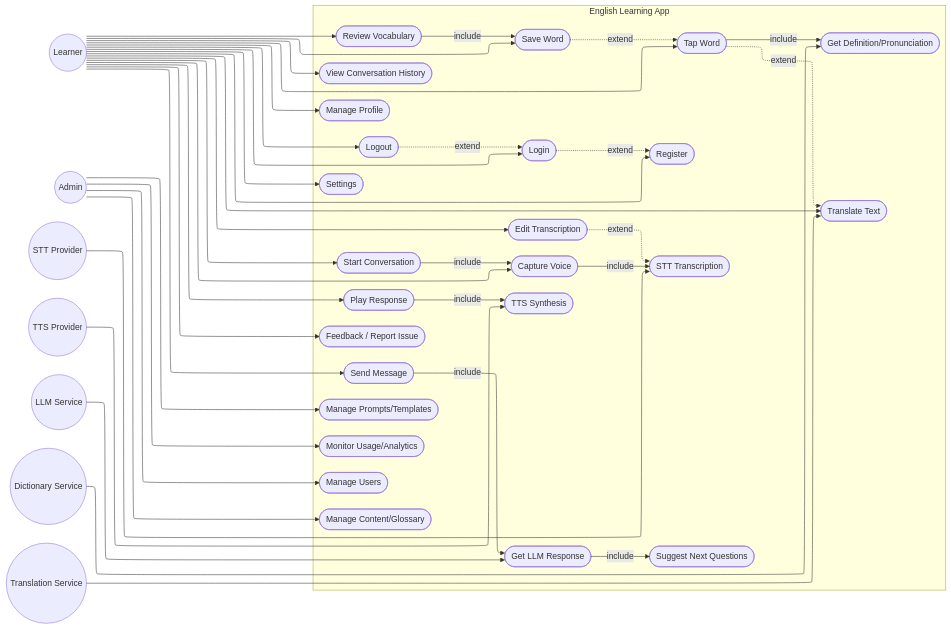
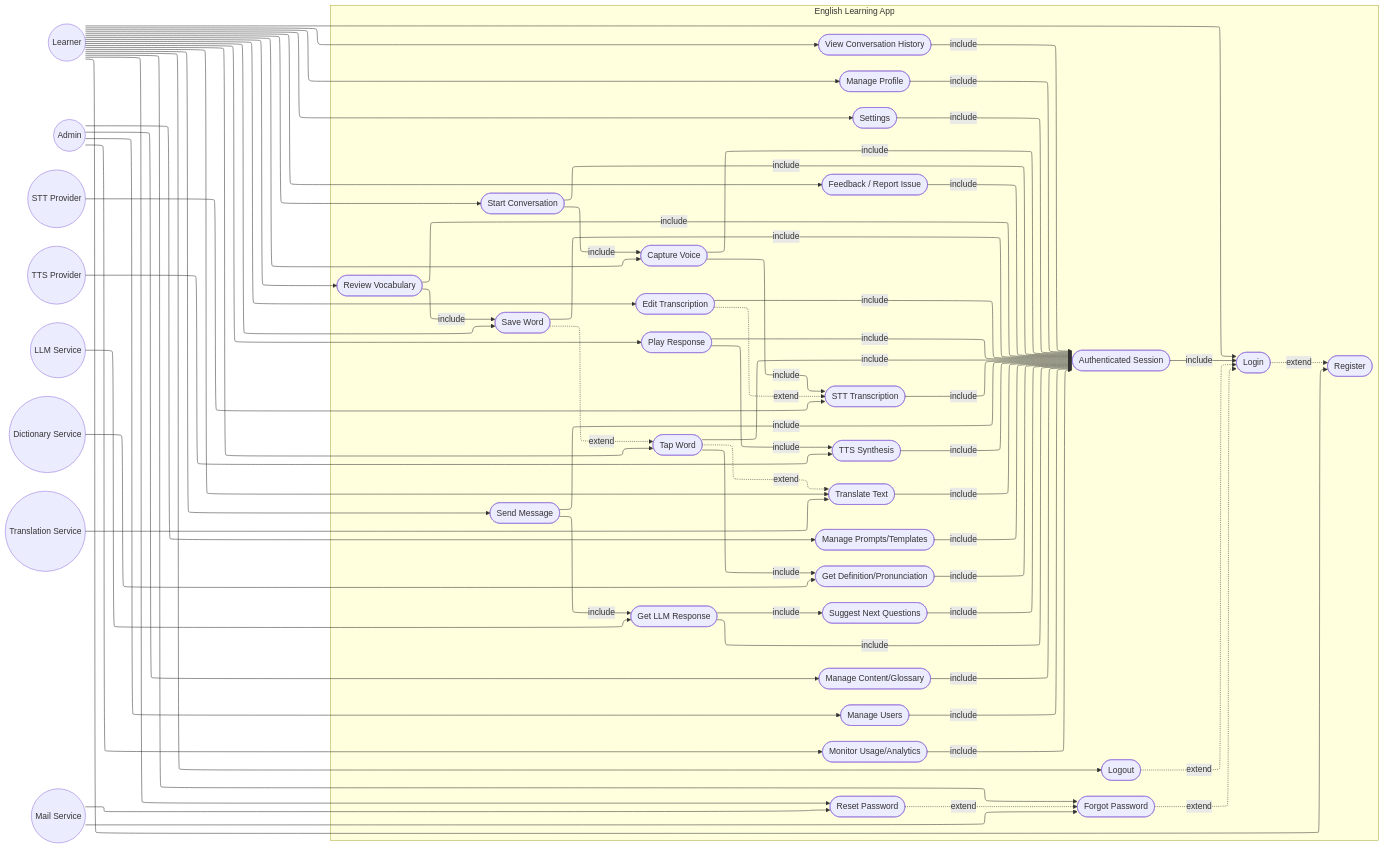
One commit to vu-lbq/NMCNPM_TiViVu changed the diagram in docs/usecase-mermaid.mmd. Above: the diagram before and after it, drawn with Mermaid. The commit also changed 3 other files, not shown here.

Commit message:
VLBQ - Put dictionary to model popup when tap a single word

```diff
--- a/docs/usecase-mermaid.mmd
+++ b/docs/usecase-mermaid.mmd
@@ -1,95 +1,132 @@
 ---
 config:
   theme: default
   layout: elk
 ---
 flowchart LR
-  %% Approximation of UML Use Case Diagram (Mermaid lacks native use case support)
+  %% Use Case Diagram approximation (Mermaid lacks native use case support)
   %% Actors
   User((Learner))
   Admin((Admin))
   STT((STT Provider))
   TTS((TTS Provider))
   LLM((LLM Service))
   Dict((Dictionary Service))
   Trans((Translation Service))
+  Mail((Mail Service))
 
-  %% System boundary as subgraph
+  %% System boundary
   subgraph System[English Learning App]
     Register([Register])
     Login([Login])
     Logout([Logout])
+    ForgotPassword([Forgot Password])
+    ResetPassword([Reset Password])
+
+    AuthSession([Authenticated Session])
+
     ManageProfile([Manage Profile])
     StartConversation([Start Conversation])
     CaptureVoice([Capture Voice])
     STTTranscription([STT Transcription])
     EditTranscription([Edit Transcription])
     SendMessage([Send Message])
     GetLLMResponse([Get LLM Response])
     SuggestNextQuestions([Suggest Next Questions])
     PlayResponse([Play Response])
     TTSSynthesis([TTS Synthesis])
+
     TapWord([Tap Word])
     GetDefinition([Get Definition/Pronunciation])
     TranslateText([Translate Text])
     SaveWord([Save Word])
     ReviewVocabulary([Review Vocabulary])
     ViewHistory([View Conversation History])
     Settings([Settings])
     Feedback([Feedback / Report Issue])
 
     ManagePrompts([Manage Prompts/Templates])
     MonitorUsage([Monitor Usage/Analytics])
     ManageUsers([Manage Users])
     ManageContent([Manage Content/Glossary])
   end
 
   %% Actor associations
   User --> Register
   User --> Login
   User --> Logout
+  User --> ForgotPassword
+  User --> ResetPassword
   User --> ManageProfile
   User --> StartConversation
   User --> CaptureVoice
   User --> EditTranscription
   User --> SendMessage
   User --> PlayResponse
   User --> TapWord
   User --> TranslateText
   User --> SaveWord
   User --> ReviewVocabulary
   User --> ViewHistory
   User --> Settings
   User --> Feedback
 
   Admin --> ManagePrompts
   Admin --> MonitorUsage
   Admin --> ManageUsers
   Admin --> ManageContent
 
   %% External service associations (treated as actors)
   STT --> STTTranscription
   TTS --> TTSSynthesis
   LLM --> GetLLMResponse
   Dict --> GetDefinition
   Trans --> TranslateText
+  Mail --> ForgotPassword
+  Mail --> ResetPassword
 
-  %% Include relationships (solid arrow with label)
+  %% Include relationships
+  %% Auth gating: protected features require Authenticated Session, which includes Login
+  AuthSession -->|include| Login
+  ManageProfile -->|include| AuthSession
+  StartConversation -->|include| AuthSession
+  CaptureVoice -->|include| AuthSession
+  STTTranscription -->|include| AuthSession
+  EditTranscription -->|include| AuthSession
+  SendMessage -->|include| AuthSession
+  GetLLMResponse -->|include| AuthSession
+  SuggestNextQuestions -->|include| AuthSession
+  PlayResponse -->|include| AuthSession
+  TTSSynthesis -->|include| AuthSession
+  TapWord -->|include| AuthSession
+  GetDefinition -->|include| AuthSession
+  TranslateText -->|include| AuthSession
+  SaveWord -->|include| AuthSession
+  ReviewVocabulary -->|include| AuthSession
+  ViewHistory -->|include| AuthSession
+  Settings -->|include| AuthSession
+  Feedback -->|include| AuthSession
+  ManagePrompts -->|include| AuthSession
+  MonitorUsage -->|include| AuthSession
+  ManageUsers -->|include| AuthSession
+  ManageContent -->|include| AuthSession
   StartConversation -->|include| CaptureVoice
   CaptureVoice -->|include| STTTranscription
   SendMessage -->|include| GetLLMResponse
   GetLLMResponse -->|include| SuggestNextQuestions
   PlayResponse -->|include| TTSSynthesis
   TapWord -->|include| GetDefinition
   ReviewVocabulary -->|include| SaveWord
 
-  %% Extend relationships (dashed arrow with label)
+  %% Extend relationships
   EditTranscription -.->|extend| STTTranscription
   TapWord -.->|extend| TranslateText
   SaveWord -.->|extend| TapWord
   Login -.->|extend| Register
   Logout -.->|extend| Login
+  ForgotPassword -.->|extend| Login
+  ResetPassword -.->|extend| ForgotPassword
 
   %% Notes
   %% Latency targets: STT 1-2s, LLM 2-4s, TTS 1-2s
   %% Fallbacks: manual text input if STT fails; text display if TTS fails
```
